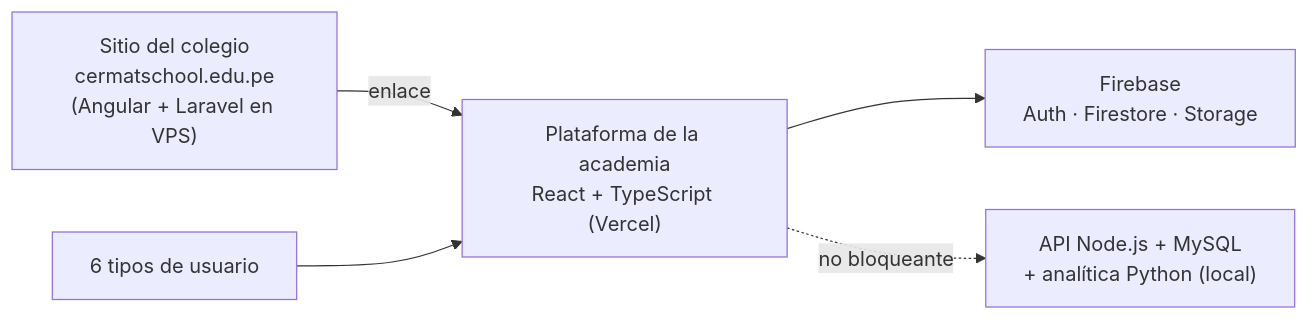
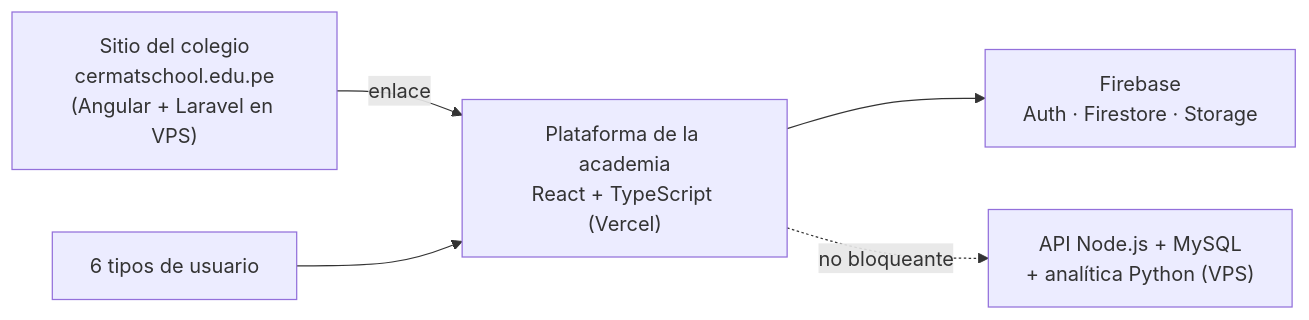
Before and after one commit to yucradavid/Perfil-de-egreso-Plataforma-Web-Integral-CERMAT: the diagram in docs/index.md, drawn with Mermaid. The commit also changed other lines of this file and 53 other files, not shown here.

````diff
--- a/docs/index.md
+++ b/docs/index.md
@@ -71,7 +71,7 @@
 ```mermaid
 flowchart LR
   Colegio["Sitio del colegio<br/>cermatschool.edu.pe<br/>(Angular + Laravel en VPS)"] -->|enlace| SPA
   Usuarios["6 tipos de usuario"] --> SPA["Plataforma de la academia<br/>React + TypeScript (Vercel)"]
   SPA --> Firebase["Firebase<br/>Auth · Firestore · Storage"]
-  SPA -.no bloqueante.-> API["API Node.js + MySQL<br/>+ analítica Python (local)"]
+  SPA -.no bloqueante.-> API["API Node.js + MySQL<br/>+ analítica Python (VPS)"]
 ```
````
